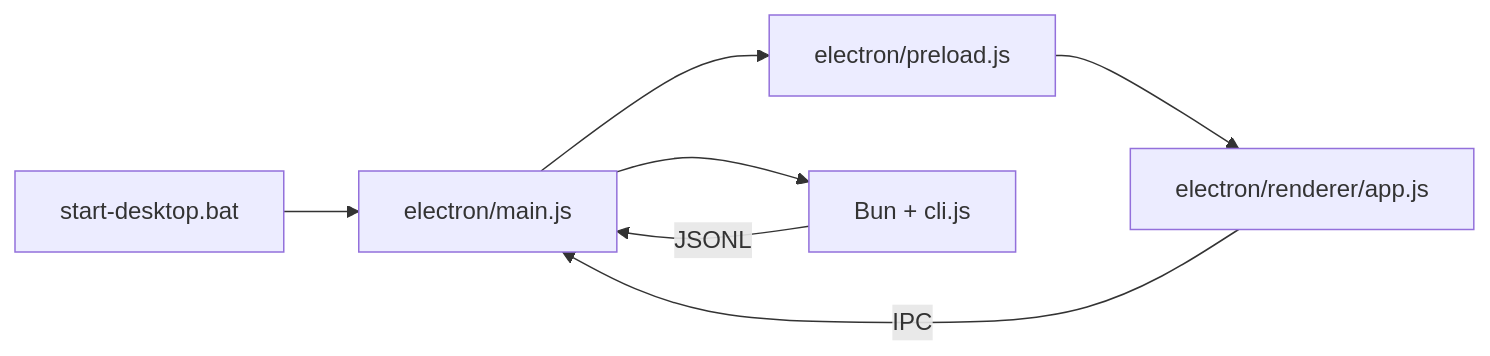
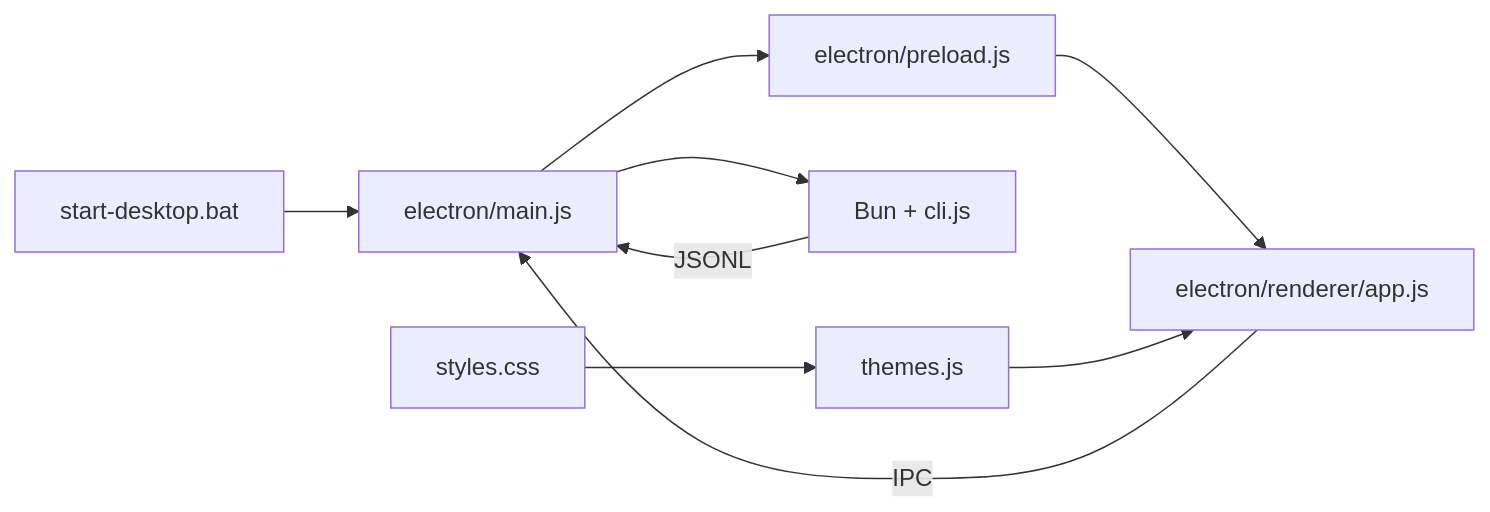
The sixth of 6 diagrams in .qoder/repowiki/zh/content/核心架构/启动流程与动画系统.md (swond-Mao/Tiffa), drawn with Mermaid before and after one commit. The commit also changed other lines of this file and 49 other files, not shown here.

````diff
--- a/.qoder/repowiki/zh/content/核心架构/启动流程与动画系统.md
+++ b/.qoder/repowiki/zh/content/核心架构/启动流程与动画系统.md
@@ -250,9 +319,11 @@
 ```mermaid
 graph LR
 BAT["start-desktop.bat"] --> MAIN["electron/main.js"]
 MAIN --> PRE["electron/preload.js"]
 PRE --> RND["electron/renderer/app.js"]
 MAIN --> CLI["Bun + cli.js"]
 RND --> |IPC| MAIN
 CLI --> |JSONL| MAIN
+THEME["themes.js"] --> RND
+STYLE["styles.css"] --> THEME
 ```
````
